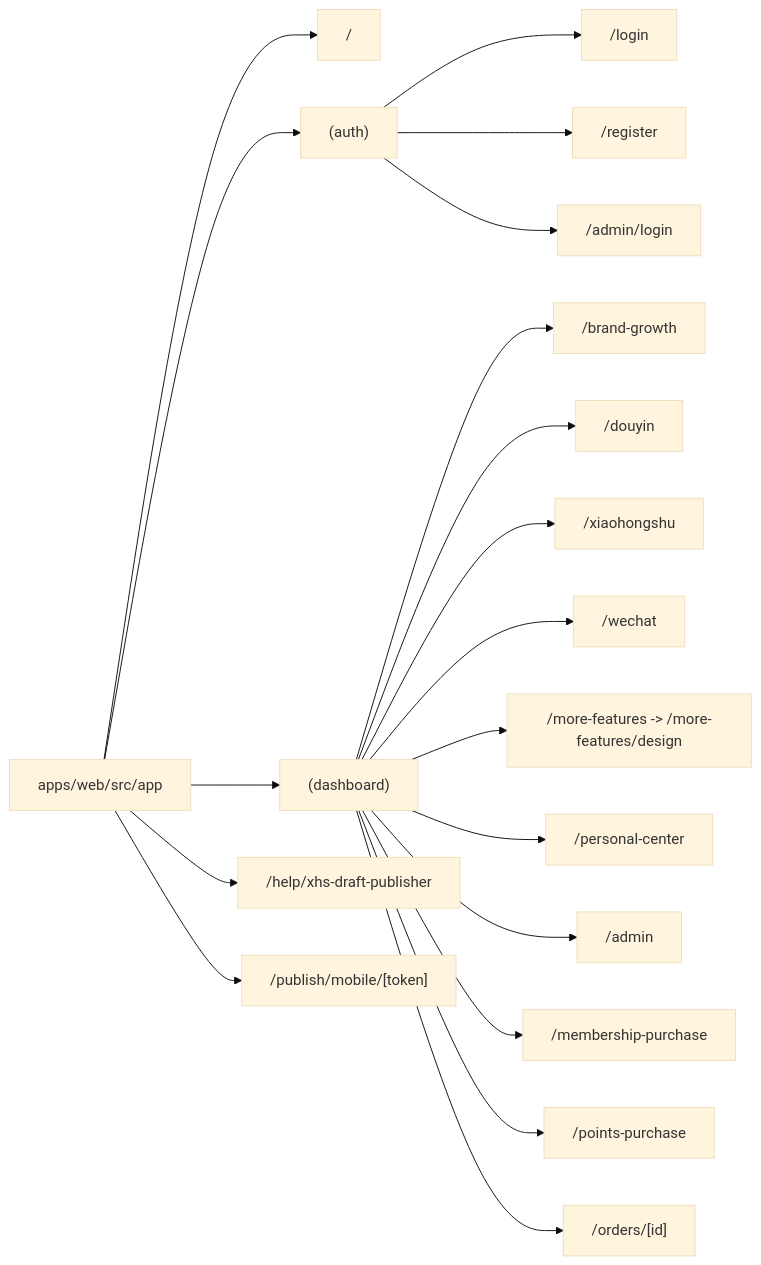
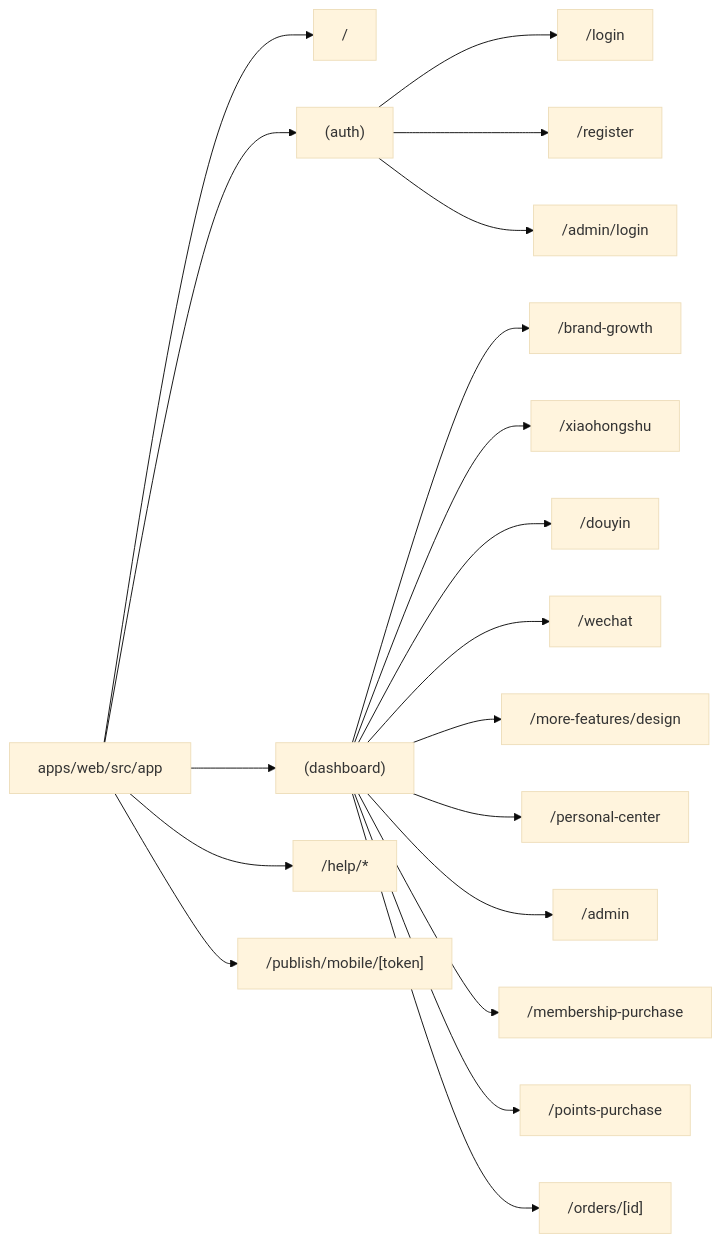
One commit to Depthukesh/ai-omni-ops-system changed the second of 5 diagrams in docs/site-map-mermaid.md. Above: the diagram before and after it, drawn with Mermaid (base theme). The commit also changed other lines of this file and 71 other files, not shown here.

````diff
--- a/docs/site-map-mermaid.md
+++ b/docs/site-map-mermaid.md
@@ -96,25 +59,25 @@
 ```mermaid
 flowchart LR
     Root["apps/web/src/app"]
 
     Root --> Home["/"]
     Root --> Auth["(auth)"]
     Root --> Dash["(dashboard)"]
-    Root --> Help["/help/xhs-draft-publisher"]
+    Root --> Help["/help/*"]
     Root --> Publish["/publish/mobile/[token]"]
 
     Auth --> Login["/login"]
     Auth --> Register["/register"]
     Auth --> AdminLogin["/admin/login"]
 
     Dash --> BrandGrowth["/brand-growth"]
+    Dash --> Xiaohongshu["/xiaohongshu"]
     Dash --> Douyin["/douyin"]
-    Dash --> Xiaohongshu["/xiaohongshu"]
     Dash --> Wechat["/wechat"]
-    Dash --> MoreFeatures["/more-features -> /more-features/design"]
+    Dash --> Design["/more-features/design"]
     Dash --> Personal["/personal-center"]
     Dash --> Admin["/admin"]
     Dash --> Membership["/membership-purchase"]
     Dash --> Points["/points-purchase"]
     Dash --> OrderDetail["/orders/[id]"]
 ```
````
